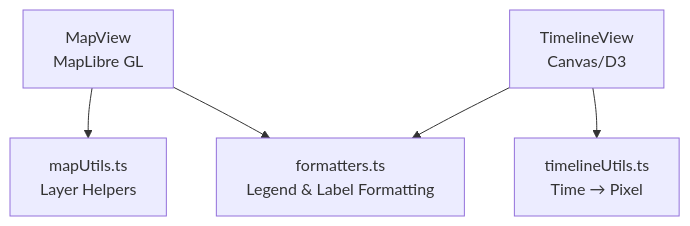
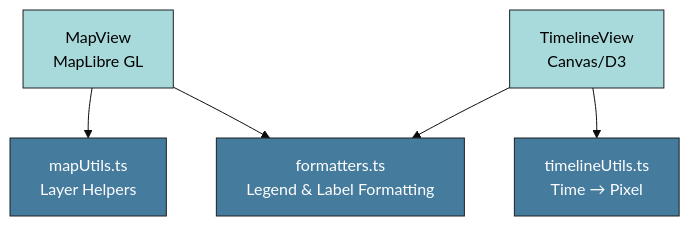
The second of 2 diagrams in web/src/utils/README.md (bartytime4life/Kansas-Frontier-Matrix), drawn with Mermaid before and after one commit. The commit also changed other lines of this file, not shown here.

````diff
--- a/web/src/utils/README.md
+++ b/web/src/utils/README.md
@@ -82,8 +156,10 @@
 ```mermaid
+%%{init: {"theme": "base", "themeVariables": {"primaryColor": "#1D3557", "primaryTextColor": "#fff"}}}%%
 flowchart TD
-  A["MapView<br/>MapLibre GL"] --> B["mapUtils.ts<br/>Layer Helpers"]
-  A --> C["formatters.ts<br/>Legend & Label Formatting"]
-  D["TimelineView<br/>Canvas/D3"] --> E["timelineUtils.ts<br/>Time → Pixel"]
+  A["MapView<br/>MapLibre GL"]:::ui --> B["mapUtils.ts<br/>Layer Helpers"]:::logic
+  A --> C["formatters.ts<br/>Legend & Label Formatting"]:::logic
+  D["TimelineView<br/>Canvas/D3"]:::ui --> E["timelineUtils.ts<br/>Time → Pixel"]:::logic
   D --> C
-%% END OF MERMAID
+  classDef ui fill:#A8DADC,color:#000;
+  classDef logic fill:#457B9D,color:#fff;
 ```
````
